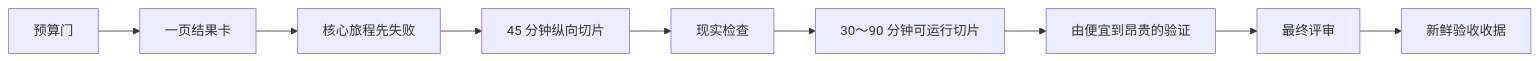
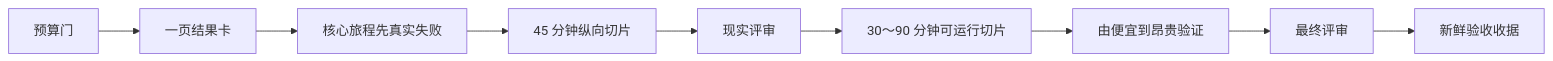
The diagram in README.zh-CN.md (wallkop/opc-develop), drawn with Mermaid before and after one commit. The commit also changed other lines of this file and 15 other files, not shown here.

Commit message:
fix: restore README architecture and onboarding

````diff
--- a/README.zh-CN.md
+++ b/README.zh-CN.md
@@ -28,11 +290,11 @@
 ```mermaid
 flowchart LR
   A["预算门"] --> B["一页结果卡"]
-  B --> C["核心旅程先失败"]
+  B --> C["核心旅程先真实失败"]
   C --> D["45 分钟纵向切片"]
-  D --> E["现实检查"]
+  D --> E["现实评审"]
   E --> F["30～90 分钟可运行切片"]
-  F --> G["由便宜到昂贵的验证"]
+  F --> G["由便宜到昂贵验证"]
   G --> H["最终评审"]
   H --> I["新鲜验收收据"]
 ```
````
